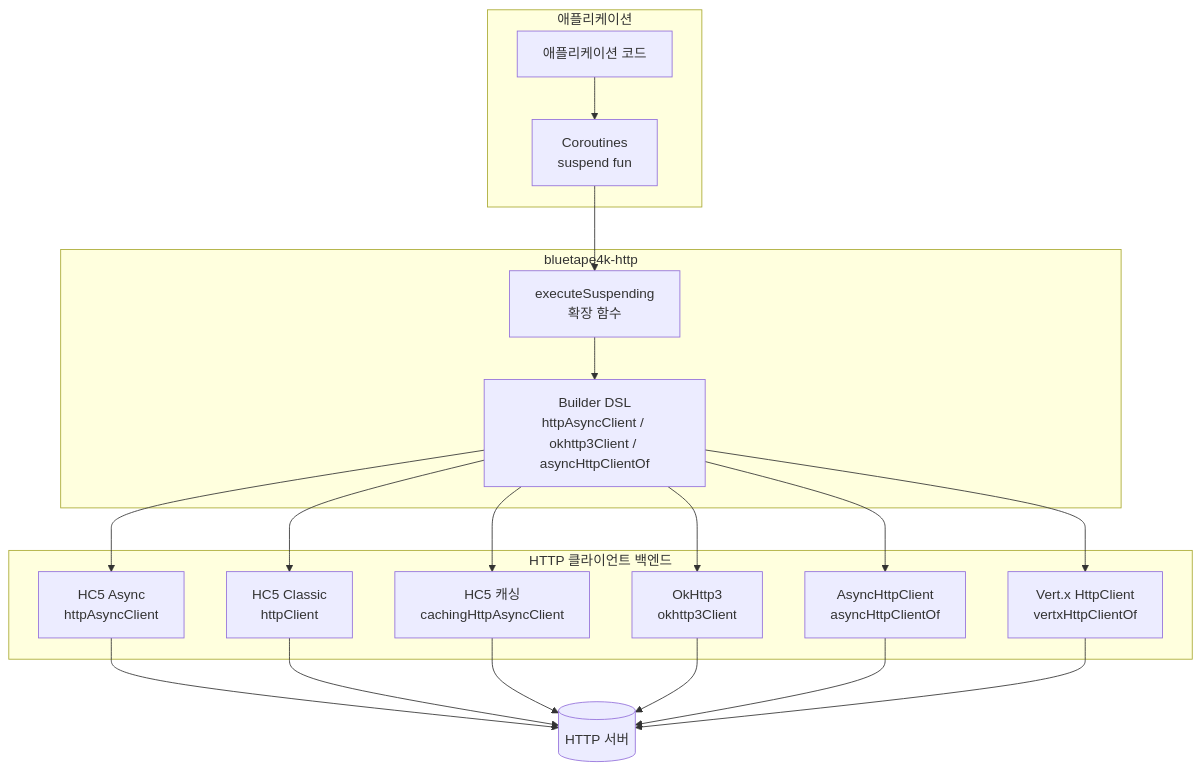
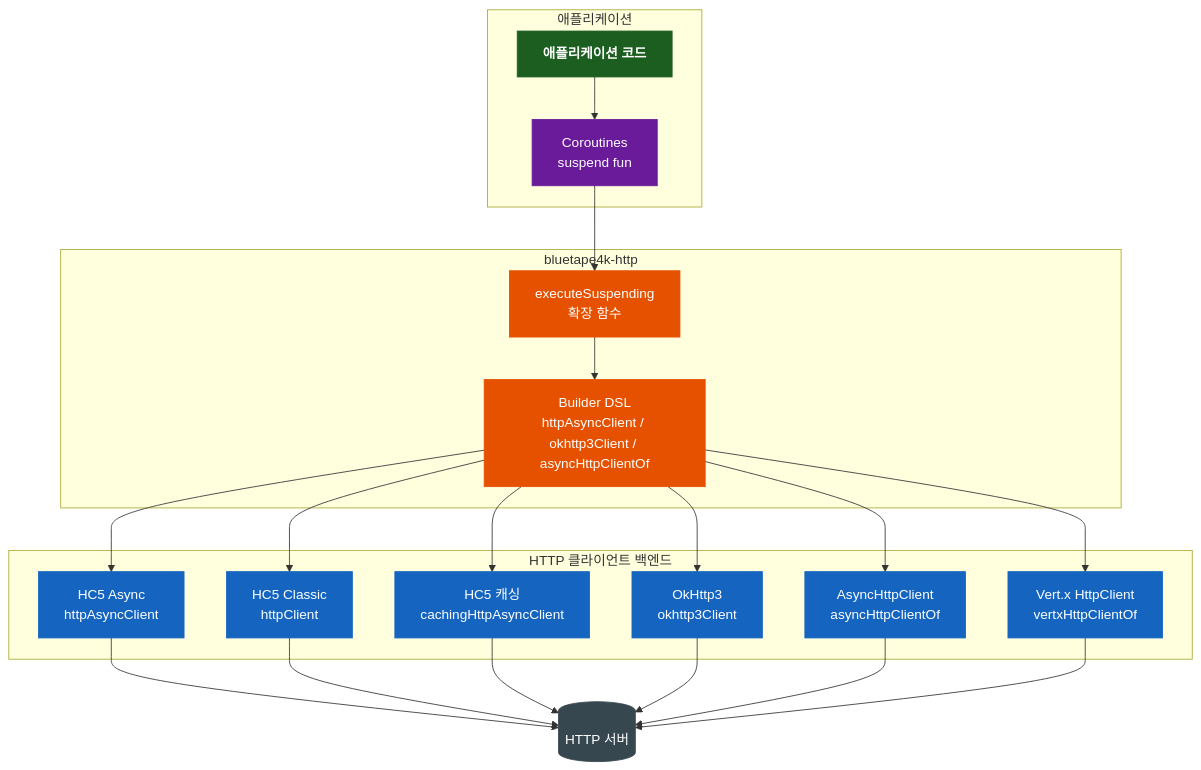
The first of 4 diagrams in io/http/README.ko.md (bluetape4k/bluetape4k-projects), drawn with Mermaid before and after one commit. The commit also changed other lines of this file and 221 other files, not shown here.

First line of the commit message:
docs: 전체 모듈 README UML 다이어그램 보강 및 색상 업그레이드

````diff
--- a/io/http/README.ko.md
+++ b/io/http/README.ko.md
@@ -15,37 +15,49 @@
 ```mermaid
 flowchart TD
     subgraph Application["애플리케이션"]
         APP[애플리케이션 코드]
         CO[Coroutines\nsuspend fun]
     end
 
     subgraph bluetape4k-http
         EXT[executeSuspending\n확장 함수]
         DSL[Builder DSL\nhttpAsyncClient / okhttp3Client / asyncHttpClientOf]
     end
 
     subgraph Backends["HTTP 클라이언트 백엔드"]
         HC5A[HC5 Async\nhttpAsyncClient]
         HC5C[HC5 Classic\nhttpClient]
         HC5CA[HC5 캐싱\ncachingHttpAsyncClient]
         OKH[OkHttp3\nokhttp3Client]
         AHC[AsyncHttpClient\nasyncHttpClientOf]
         VTX[Vert.x HttpClient\nvertxHttpClientOf]
     end
 
     APP --> CO
     CO --> EXT
     EXT --> DSL
     DSL --> HC5A
     DSL --> HC5C
     DSL --> HC5CA
     DSL --> OKH
     DSL --> AHC
     DSL --> VTX
     HC5A --> SERVER[(HTTP 서버)]
     HC5C --> SERVER
     HC5CA --> SERVER
     OKH --> SERVER
     AHC --> SERVER
     VTX --> SERVER
+
+    classDef coreStyle fill:#1B5E20,stroke:#1B5E20,color:#FFFFFF,font-weight:bold
+    classDef asyncStyle fill:#6A1B9A,stroke:#6A1B9A,color:#FFFFFF
+    classDef serviceStyle fill:#1565C0,stroke:#1565C0,color:#FFFFFF
+    classDef utilStyle fill:#E65100,stroke:#E65100,color:#FFFFFF
+    classDef extStyle fill:#37474F,stroke:#37474F,color:#FFFFFF
+
+    class APP coreStyle
+    class CO asyncStyle
+    class EXT,DSL utilStyle
+    class HC5A,HC5C,HC5CA,OKH,AHC,VTX serviceStyle
+    class SERVER extStyle
 ```
````
